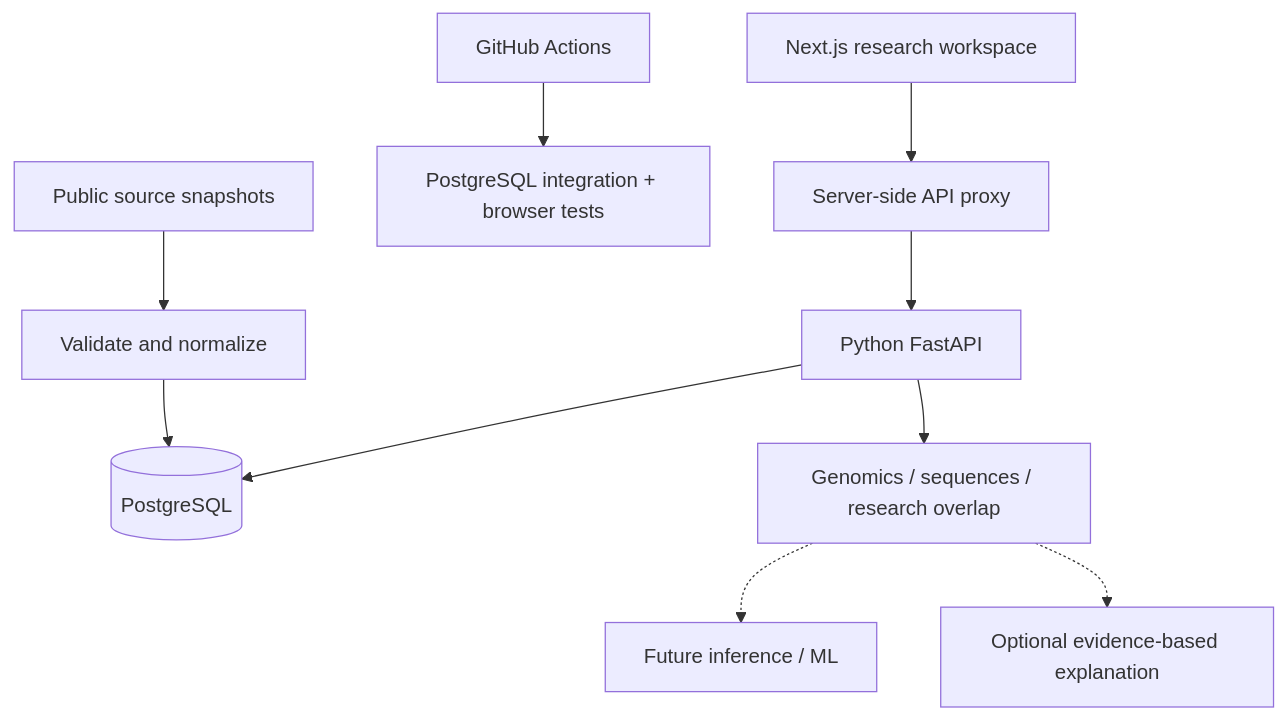
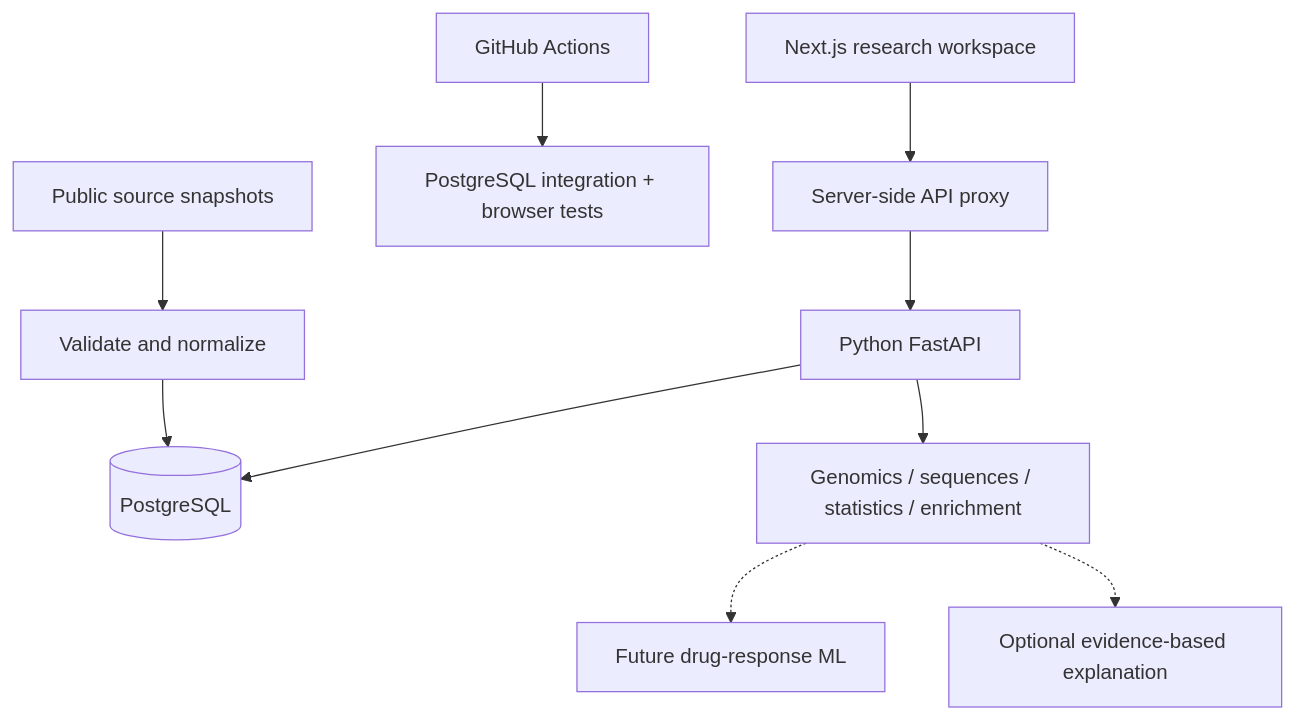
One commit to 292akhil2929-cmyk/pharmagenome changed the diagram in README.md. Above: the diagram before and after it, drawn with Mermaid. The commit also changed other lines of this file and 6 other files, not shown here.

````diff
--- a/README.md
+++ b/README.md
@@ -12,12 +12,12 @@
 ```mermaid
 flowchart TD
   UI[Next.js research workspace] --> Proxy[Server-side API proxy]
   Proxy --> API[Python FastAPI]
   API --> DB[(PostgreSQL)]
   CI[GitHub Actions] --> Tests[PostgreSQL integration + browser tests]
   Data[Public source snapshots] --> Validate[Validate and normalize]
   Validate --> DB
-  API --> Analysis[Genomics / sequences / research overlap]
-  Analysis -.-> Future[Future inference / ML]
+  API --> Analysis[Genomics / sequences / statistics / enrichment]
+  Analysis -.-> Future[Future drug-response ML]
   Analysis -.-> Explanation[Optional evidence-based explanation]
 ```
````
